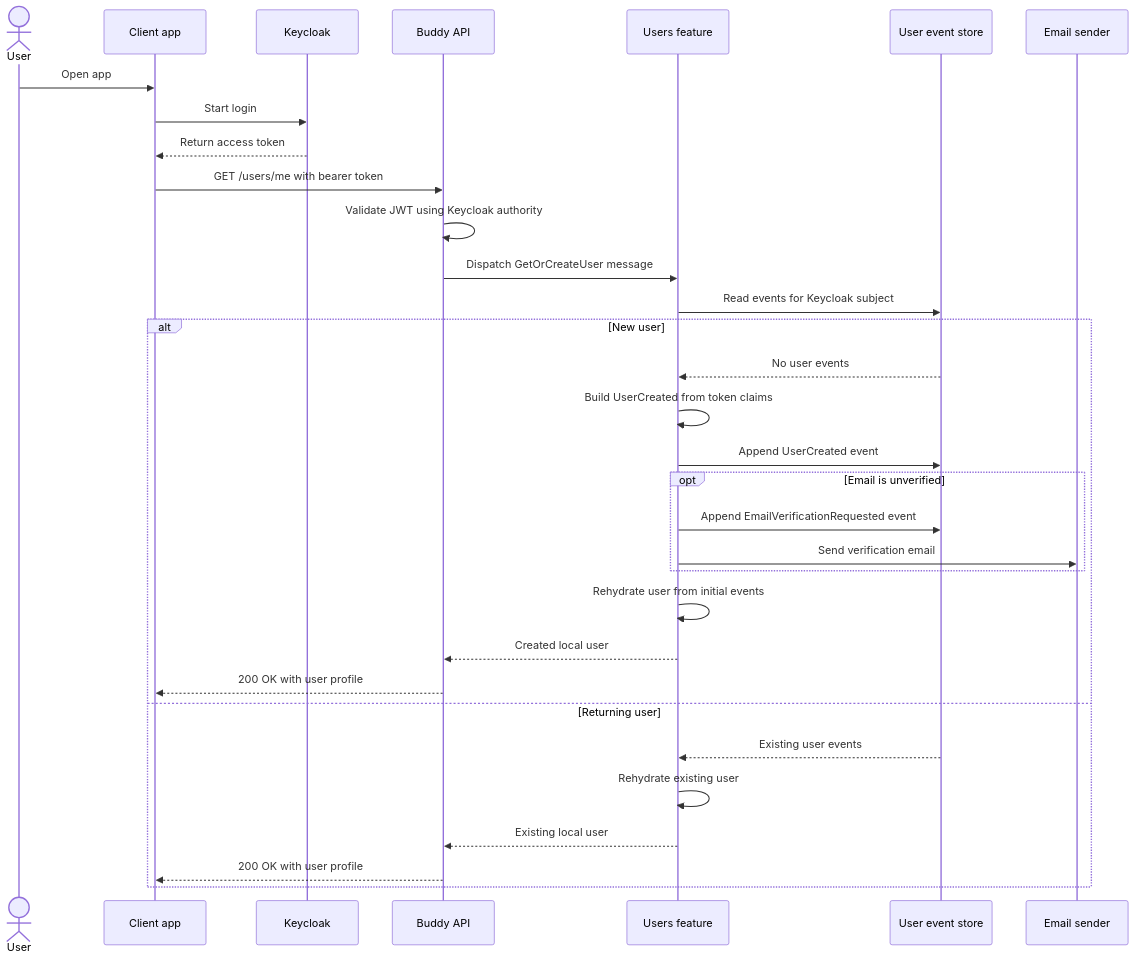
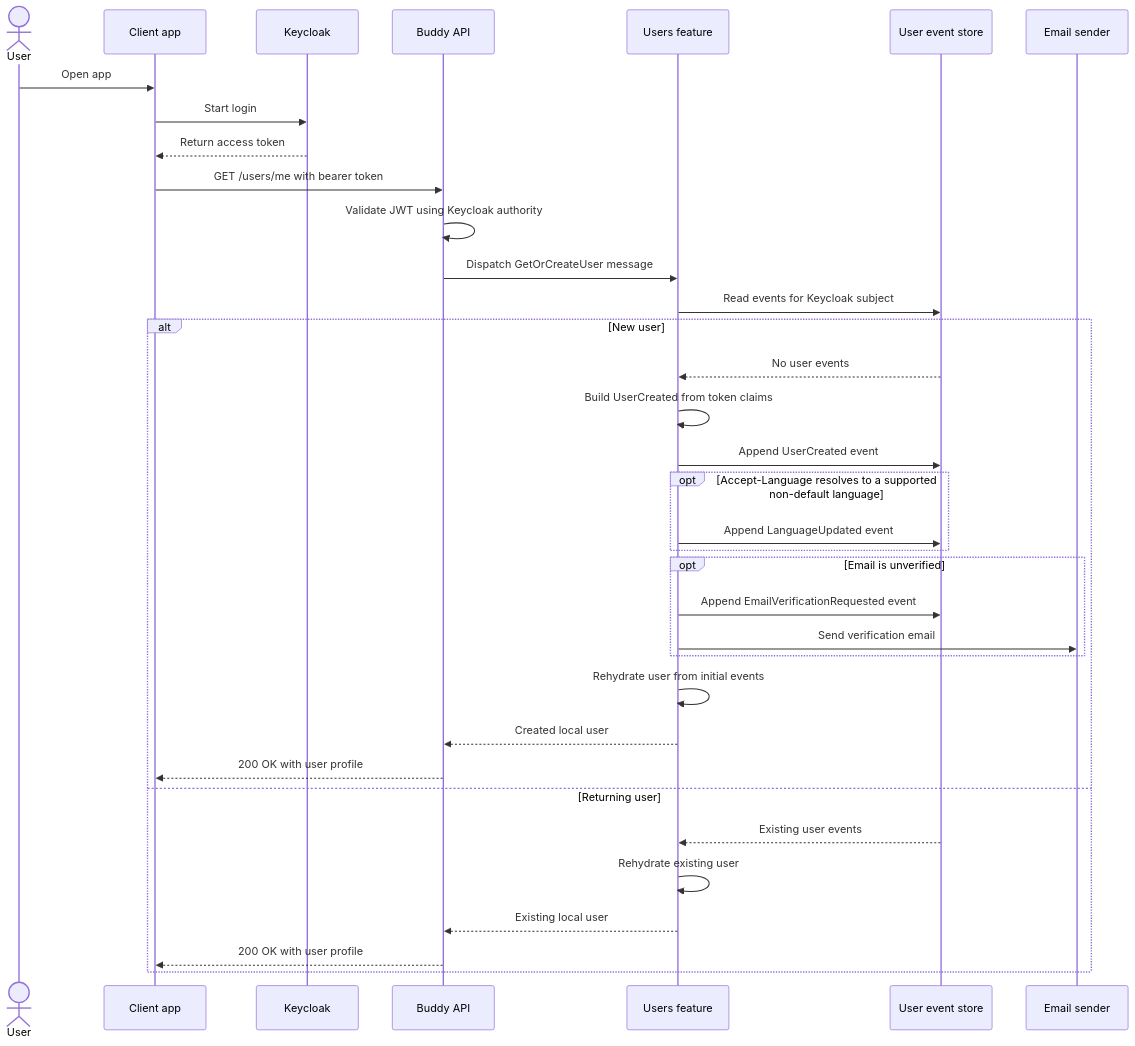
One commit to kimipsen/buddy changed the diagram in docs/backend/users/flow.md. Above: the diagram before and after it, drawn with Mermaid. The commit also changed other lines of this file and 103 other files, not shown here.

````diff
--- a/docs/backend/users/flow.md
+++ b/docs/backend/users/flow.md
@@ -5,36 +5,39 @@
 ```mermaid
 sequenceDiagram
     actor User
     participant App as Client app
     participant Keycloak
     participant API as Buddy API
     participant Users as Users feature
     participant Store as User event store
     participant Email as Email sender
 
     User->>App: Open app
     App->>Keycloak: Start login
     Keycloak-->>App: Return access token
     App->>API: GET /users/me with bearer token
     API->>API: Validate JWT using Keycloak authority
     API->>Users: Dispatch GetOrCreateUser message
     Users->>Store: Read events for Keycloak subject
 
     alt New user
         Store-->>Users: No user events
         Users->>Users: Build UserCreated from token claims
         Users->>Store: Append UserCreated event
+        opt Accept-Language resolves to a supported non-default language
+            Users->>Store: Append LanguageUpdated event
+        end
         opt Email is unverified
             Users->>Store: Append EmailVerificationRequested event
             Users->>Email: Send verification email
         end
         Users->>Users: Rehydrate user from initial events
         Users-->>API: Created local user
         API-->>App: 200 OK with user profile
     else Returning user
         Store-->>Users: Existing user events
         Users->>Users: Rehydrate existing user
         Users-->>API: Existing local user
         API-->>App: 200 OK with user profile
     end
 ```
````
